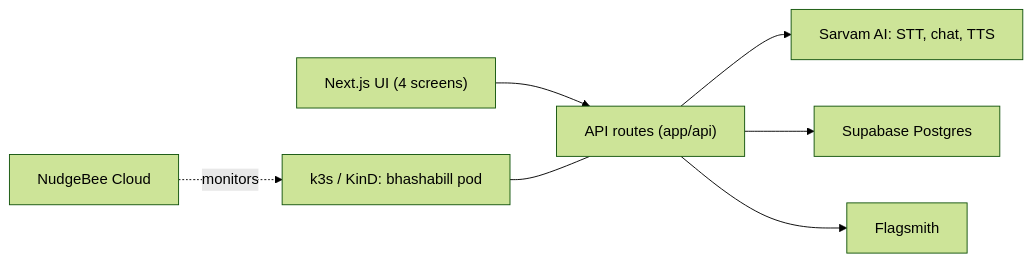
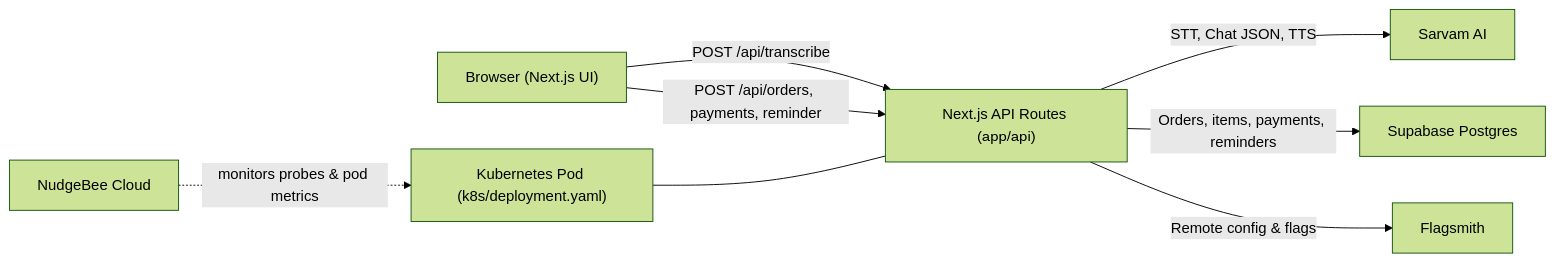
Before and after one commit to Rithvik-krishna/BhashaBill: the diagram in README.md, drawn with Mermaid (forest theme). The commit also changed other lines of this file, not shown here.

````diff
--- a/README.md
+++ b/README.md
@@ -18,9 +66,10 @@
 ```mermaid
 flowchart LR
-    UI["Next.js UI (4 screens)"] --> API["API routes (app/api)"]
-    API --> Sarvam["Sarvam AI: STT, chat, TTS"]
-    API --> DB["Supabase Postgres"]
-    API --> Flags["Flagsmith"]
-    NB["NudgeBee Cloud"] -. monitors .-> K8s["k3s / KinD: bhashabill pod"]
+    Browser["Browser (Next.js UI)"] -->|"POST /api/transcribe"| API["Next.js API Routes (app/api)"]
+    Browser -->|"POST /api/orders, payments, reminder"| API
+    API -->|"STT, Chat JSON, TTS"| Sarvam["Sarvam AI"]
+    API -->|"Orders, items, payments, reminders"| DB["Supabase Postgres"]
+    API -->|"Remote config & flags"| Flagsmith["Flagsmith"]
+    NudgeBee["NudgeBee Cloud"] -. "monitors probes & pod metrics" .-> K8s["Kubernetes Pod (k8s/deployment.yaml)"]
     K8s --- API
 ```
````
